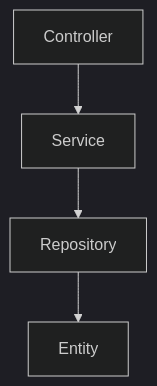
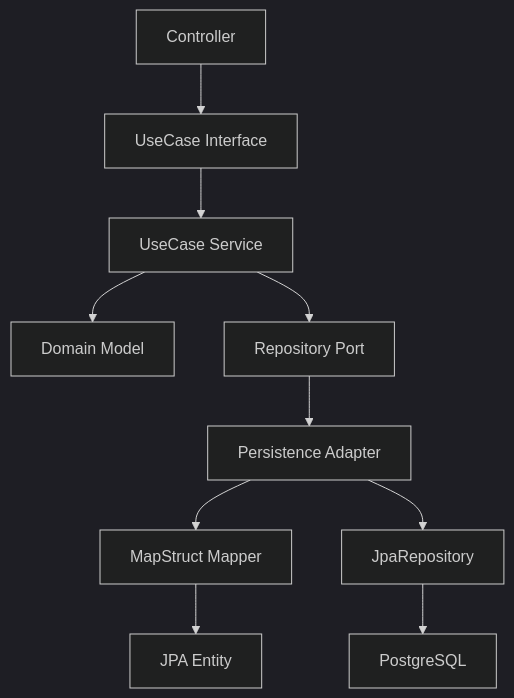
Before and after one commit to hanyeong0815/daipetto: the fourth of 8 diagrams in docs/04_System_Architecture 362d097bd4f780b6b4d2c28d4ae357a1.md, drawn with Mermaid (dark theme). The commit also changed other lines of this file and 1 other file, not shown here.

Commit message:
chore: fix docs file  - 04_System_Architecture  - 09_Security_Design

````diff
--- a/docs/04_System_Architecture 362d097bd4f780b6b4d2c28d4ae357a1.md
+++ b/docs/04_System_Architecture 362d097bd4f780b6b4d2c28d4ae357a1.md
@@ -360,13 +362,24 @@
 ```mermaid
 flowchart TB
 
 	C["Controller"]
+	UI["UseCase Interface"]
+	US["UseCase Service"]
+	D["Domain Model"]
+	P["Repository Port"]
+	A["Persistence Adapter"]
+	M["MapStruct Mapper"]
+	E["JPA Entity"]
+	J["JpaRepository"]
+	DB["PostgreSQL"]
 
-	S["Service"]
-
-	R["Repository"]
-
-	E["Entity"]
-
-	C --> S --> R --> E
+	C --> UI
+	UI --> US
+	US --> D
+	US --> P
+	P --> A
+	A --> M
+	M --> E
+	A --> J
+	J --> DB
 ```
````
